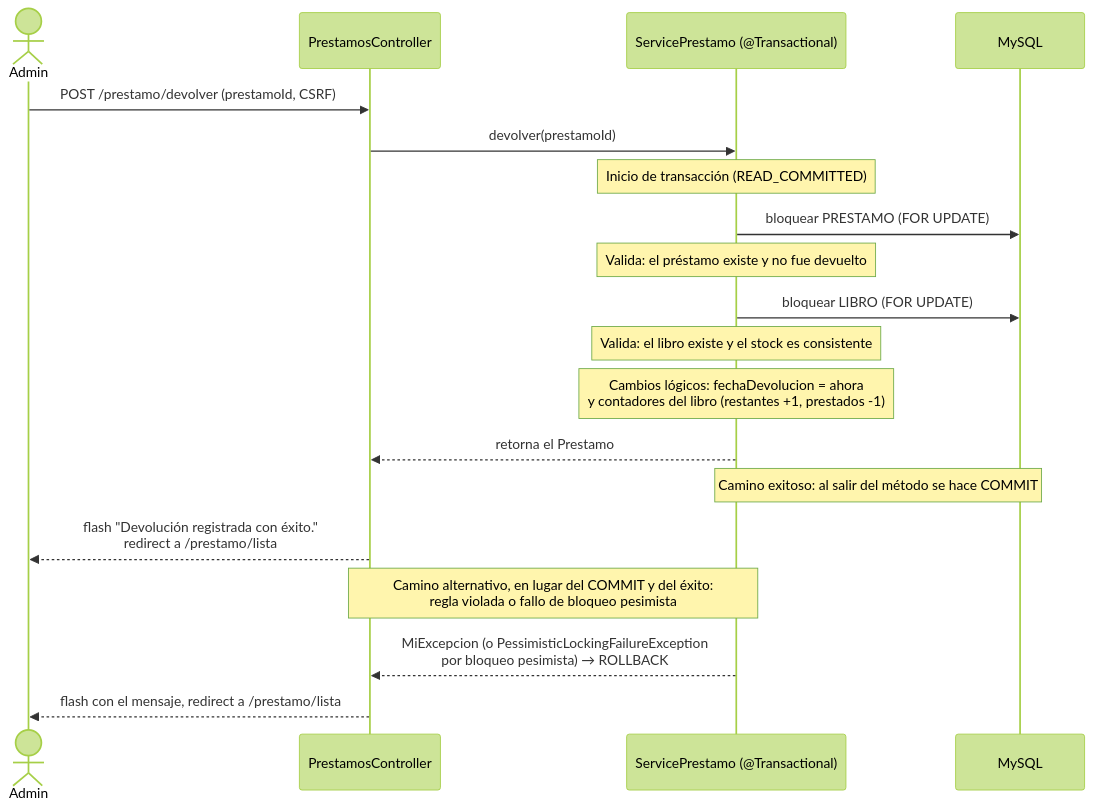
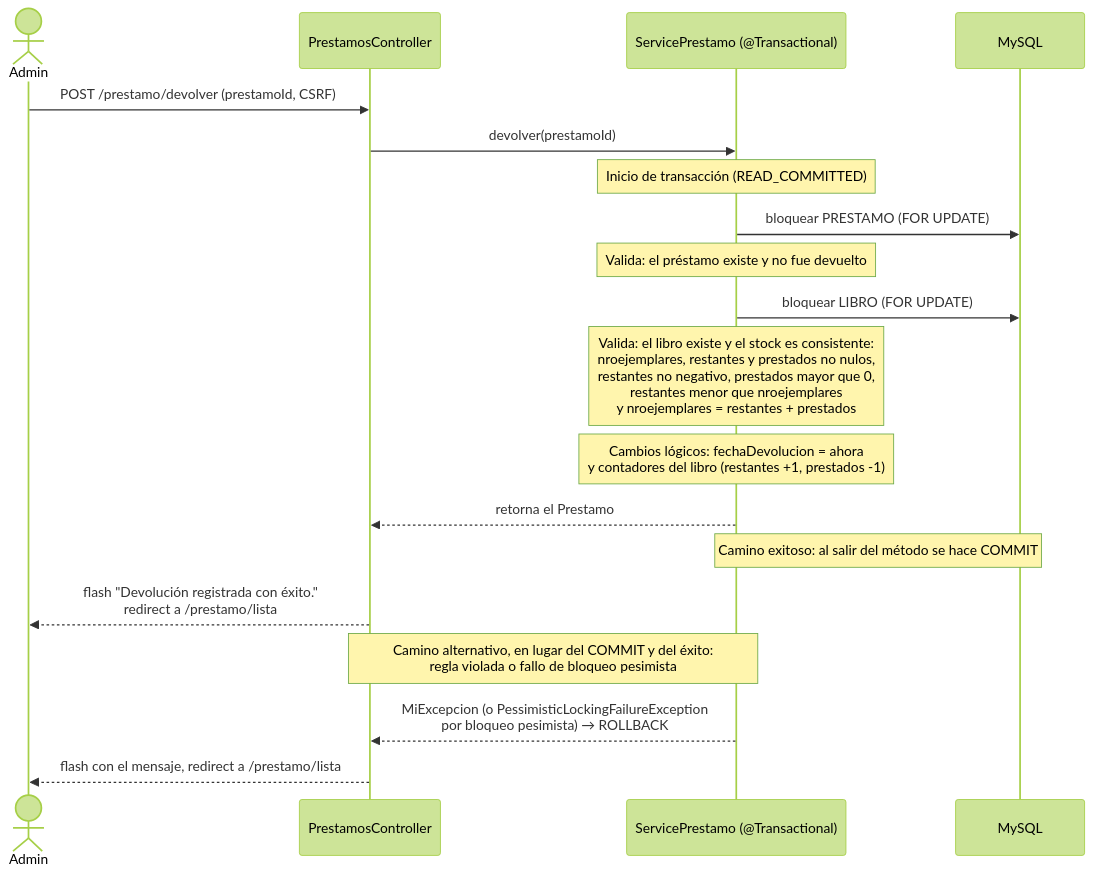
The fourth of 5 diagrams in docs/diagramas.md (lautaropavez/el-ceibo), drawn with Mermaid (forest theme) before and after one commit. The commit also changed other lines of this file and 3 other files, not shown here.

````diff
--- a/docs/diagramas.md
+++ b/docs/diagramas.md
@@ -136,22 +136,22 @@
 ```mermaid
 sequenceDiagram
     actor A as Admin
     participant C as PrestamosController
     participant S as ServicePrestamo (@Transactional)
     participant DB as MySQL
 
     A->>C: POST /prestamo/devolver (prestamoId, CSRF)
     C->>S: devolver(prestamoId)
     Note over S: Inicio de transacción (READ_COMMITTED)
     S->>DB: bloquear PRESTAMO (FOR UPDATE)
     Note over S: Valida: el préstamo existe y no fue devuelto
     S->>DB: bloquear LIBRO (FOR UPDATE)
-    Note over S: Valida: el libro existe y el stock es consistente
+    Note over S: Valida: el libro existe y el stock es consistente:<br/>nroejemplares, restantes y prestados no nulos,<br/>restantes no negativo, prestados mayor que 0,<br/>restantes menor que nroejemplares<br/>y nroejemplares = restantes + prestados
     Note over S: Cambios lógicos: fechaDevolucion = ahora<br/>y contadores del libro (restantes +1, prestados -1)
     S-->>C: retorna el Prestamo
     Note over S,DB: Camino exitoso: al salir del método se hace COMMIT
     C-->>A: flash "Devolución registrada con éxito."<br/>redirect a /prestamo/lista
     Note over C,S: Camino alternativo, en lugar del COMMIT y del éxito:<br/>regla violada o fallo de bloqueo pesimista
     S-->>C: MiExcepcion (o PessimisticLockingFailureException<br/>por bloqueo pesimista) → ROLLBACK
     C-->>A: flash con el mensaje, redirect a /prestamo/lista
 ```
````
